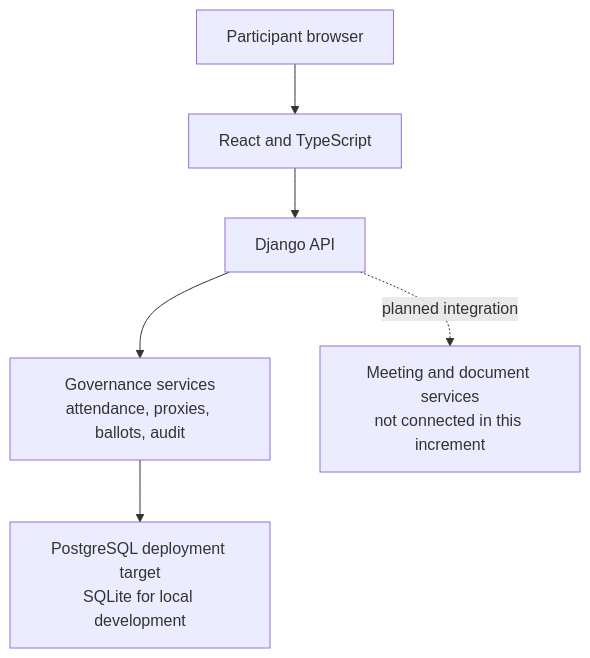
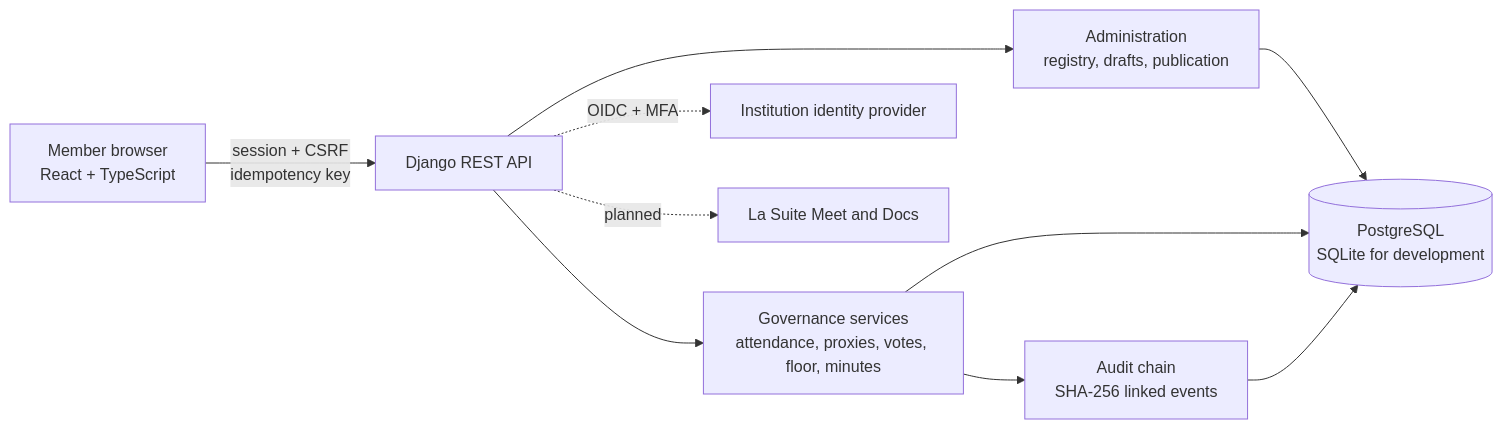
Before and after one commit to anacamilabernardes/assembly-voting-platform-votria: the diagram in README.md, drawn with Mermaid. The commit also changed other lines of this file and 72 other files, not shown here.

````diff
--- a/README.md
+++ b/README.md
@@ -23,8 +37,12 @@
 ```mermaid
-flowchart TD
-    P["Participant browser"] --> UI["React and TypeScript"]
-    UI --> API["Django API"]
-    API --> GOV["Governance services<br/>attendance, proxies, ballots, audit"]
-    GOV --> DB["PostgreSQL deployment target<br/>SQLite for local development"]
-    API -. "planned integration" .-> EXT["Meeting and document services<br/>not connected in this increment"]
+flowchart LR
+    B["Member browser<br/>React + TypeScript"] -->|"session + CSRF<br/>idempotency key"| API["Django REST API"]
+    API --> ADM["Administration<br/>registry, drafts, publication"]
+    API --> GOV["Governance services<br/>attendance, proxies, votes, floor, minutes"]
+    ADM --> DB[("PostgreSQL<br/>SQLite for development")]
+    GOV --> DB
+    GOV --> AUD["Audit chain<br/>SHA-256 linked events"]
+    AUD --> DB
+    API -. "OIDC + MFA" .-> IDP["Institution identity provider"]
+    API -. "planned" .-> MEET["La Suite Meet and Docs"]
 ```
````
